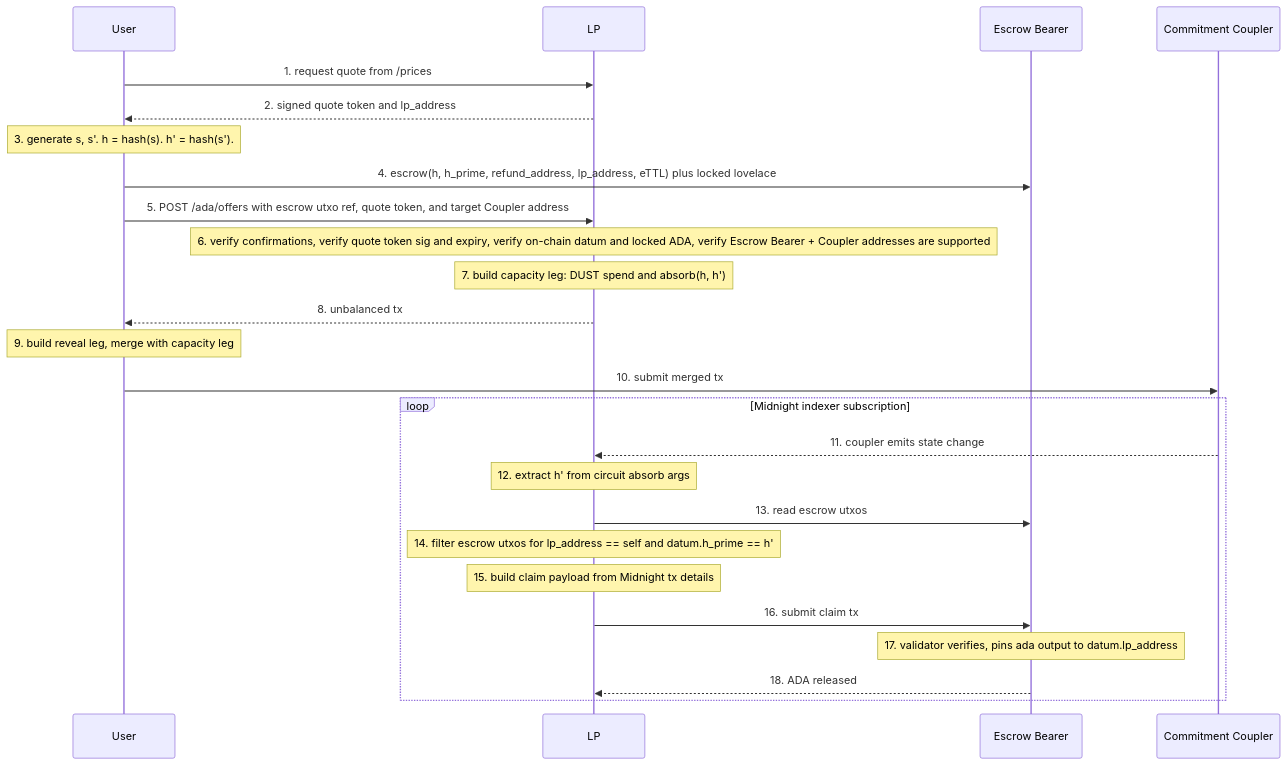
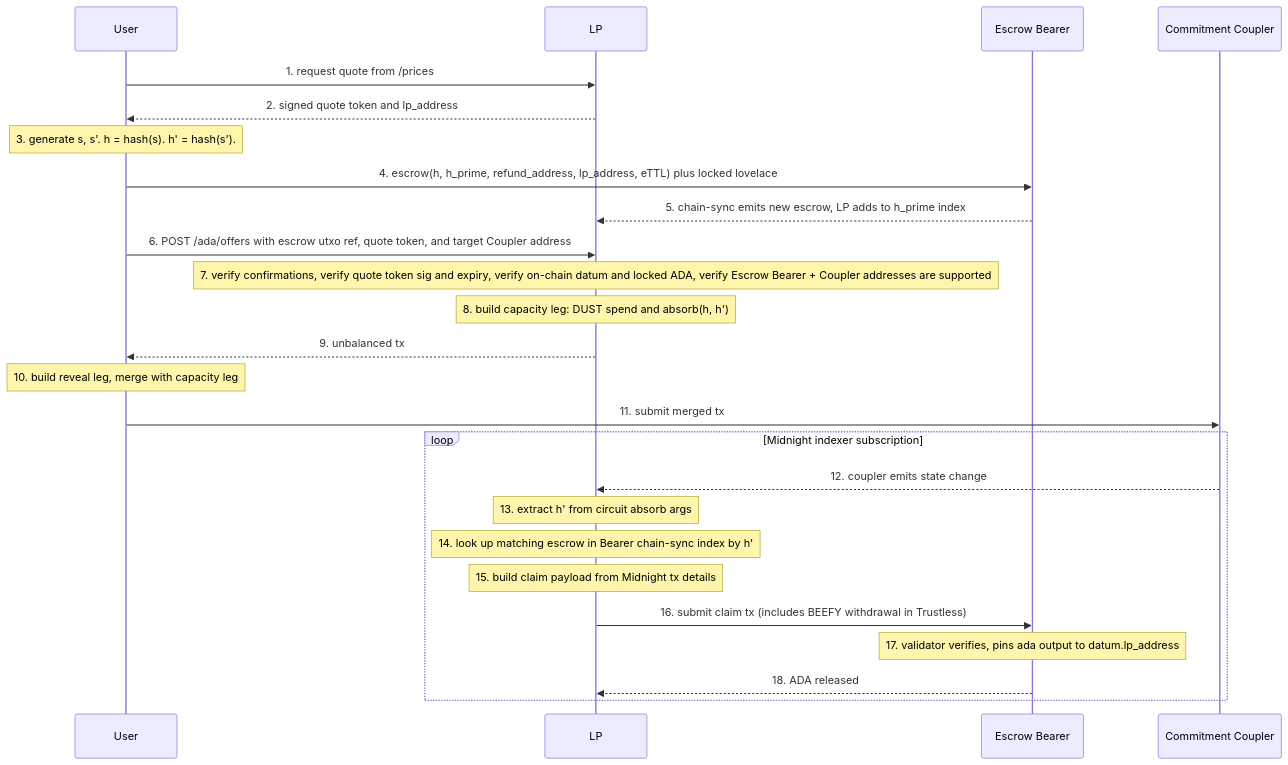
Before and after one commit to SundaeSwap-finance/capacity-exchange: the second of 3 diagrams in packages/bridgeless-claim/docs/OVERVIEW.md, drawn with Mermaid. The commit also changed other lines of this file and 3 other files, not shown here.

First line of the commit message:
docs(bridgeless-claim): phases + settings utxo

````diff
--- a/packages/bridgeless-claim/docs/OVERVIEW.md
+++ b/packages/bridgeless-claim/docs/OVERVIEW.md
@@ -73,29 +82,29 @@
 ```mermaid
 sequenceDiagram
     participant User
     participant LP
     participant Escrow Bearer
     participant Commitment Coupler
 
     User->>LP: 1. request quote from /prices
     LP-->>User: 2. signed quote token and lp_address
     Note over User: 3. generate s, s'. h = hash(s). h' = hash(s').
     User->>Escrow Bearer: 4. escrow(h, h_prime, refund_address, lp_address, eTTL) plus locked lovelace
-    User->>LP: 5. POST /ada/offers with escrow utxo ref, quote token, and target Coupler address
-    Note over LP: 6. verify confirmations, verify quote token sig and expiry, verify on-chain datum and locked ADA, verify Escrow Bearer + Coupler addresses are supported
-    Note over LP: 7. build capacity leg: DUST spend and absorb(h, h')
-    LP-->>User: 8. unbalanced tx
-    Note over User: 9. build reveal leg, merge with capacity leg
-    User->>Commitment Coupler: 10. submit merged tx
+    Escrow Bearer-->>LP: 5. chain-sync emits new escrow, LP adds to h_prime index
+    User->>LP: 6. POST /ada/offers with escrow utxo ref, quote token, and target Coupler address
+    Note over LP: 7. verify confirmations, verify quote token sig and expiry, verify on-chain datum and locked ADA, verify Escrow Bearer + Coupler addresses are supported
+    Note over LP: 8. build capacity leg: DUST spend and absorb(h, h')
+    LP-->>User: 9. unbalanced tx
+    Note over User: 10. build reveal leg, merge with capacity leg
+    User->>Commitment Coupler: 11. submit merged tx
 
     loop Midnight indexer subscription
-        Commitment Coupler-->>LP: 11. coupler emits state change
-        Note over LP: 12. extract h' from circuit absorb args
-        LP->>Escrow Bearer: 13. read escrow utxos
-        Note over LP: 14. filter escrow utxos for lp_address == self and datum.h_prime == h'
+        Commitment Coupler-->>LP: 12. coupler emits state change
+        Note over LP: 13. extract h' from circuit absorb args
+        Note over LP: 14. look up matching escrow in Bearer chain-sync index by h'
         Note over LP: 15. build claim payload from Midnight tx details
-        LP->>Escrow Bearer: 16. submit claim tx
+        LP->>Escrow Bearer: 16. submit claim tx (includes BEEFY withdrawal in Trustless)
         Note over Escrow Bearer: 17. validator verifies, pins ada output to datum.lp_address
         Escrow Bearer-->>LP: 18. ADA released
     end
 ```
````
